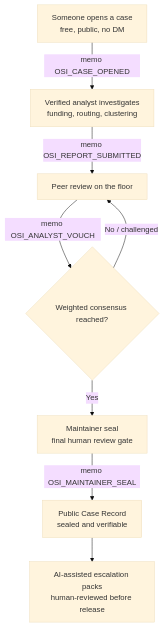
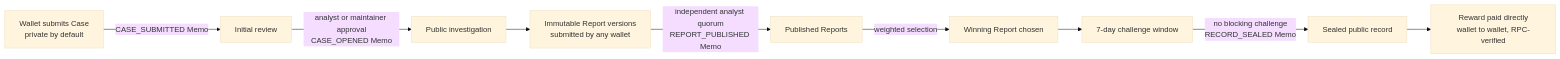
The diagram in README.md (friendlyfiree/open-solana-intelligence), drawn with Mermaid (base theme) before and after one commit. The commit also changed other lines of this file, not shown here.

````diff
--- a/README.md
+++ b/README.md
@@ -64,10 +37,11 @@
 ```mermaid
-flowchart TD
-    A[Someone opens a case<br/>free, public, no DM] -->|memo OSI_CASE_OPENED| B[Verified analyst investigates<br/>funding, routing, clustering]
-    B -->|memo OSI_REPORT_SUBMITTED| C[Peer review on the floor]
-    C -->|memo OSI_ANALYST_VOUCH| D{Weighted consensus reached?}
-    D -- No / challenged --> C
-    D -- Yes --> E[Maintainer seal<br/>final human review gate]
-    E -->|memo OSI_MAINTAINER_SEAL| F[Public Case Record<br/>sealed and verifiable]
-    F --> G[AI-assisted escalation packs<br/>human-reviewed before release]
+flowchart LR
+    A[Wallet submits Case\nprivate by default] -->|CASE_SUBMITTED Memo| B[Initial review]
+    B -->|analyst or maintainer approval\nCASE_OPENED Memo| C[Public investigation]
+    C --> D[Immutable Report versions\nsubmitted by any wallet]
+    D -->|independent analyst quorum\nREPORT_PUBLISHED Memo| E[Published Reports]
+    E -->|weighted selection| F[Winning Report chosen]
+    F --> G[7-day challenge window]
+    G -->|no blocking challenge\nRECORD_SEALED Memo| H[Sealed public record]
+    H --> I[Reward paid directly\nwallet to wallet, RPC-verified]
 ```
````
